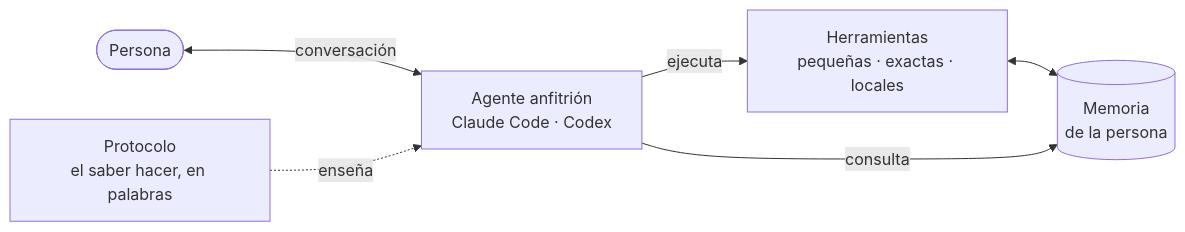
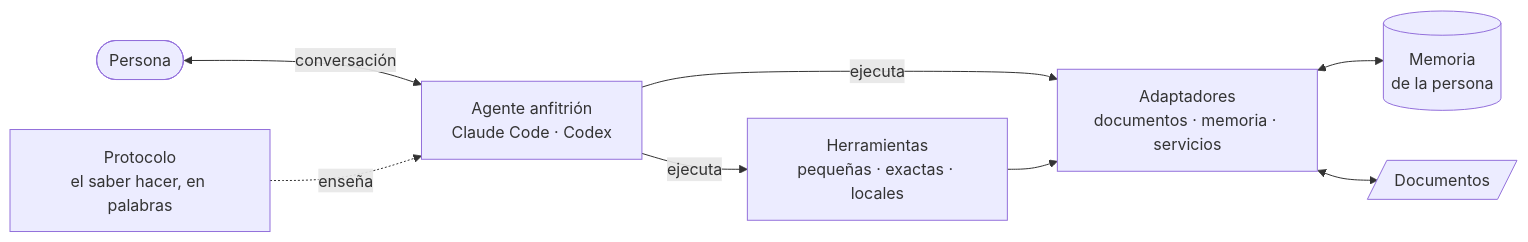
Before and after one commit to howware/howware: the first of 2 diagrams in docs/es/whitepaper.md, drawn with Mermaid. The commit also changed other lines of this file and 17 other files, not shown here.

````diff
--- a/docs/es/whitepaper.md
+++ b/docs/es/whitepaper.md
@@ -81,8 +82,10 @@
 ```mermaid
 flowchart LR
     P([Persona]) <-- conversación --> A[Agente anfitrión<br/>Claude Code · Codex]
     PR[Protocolo<br/>el saber hacer, en palabras] -. enseña .-> A
     A -- ejecuta --> T[Herramientas<br/>pequeñas · exactas · locales]
-    T <--> M[(Memoria<br/>de la persona)]
-    A -- consulta --> M
+    A -- ejecuta --> AD[Adaptadores<br/>documentos · memoria · servicios]
+    T --> AD
+    AD <--> M[(Memoria<br/>de la persona)]
+    AD <--> D[/Documentos/]
 ```
````
